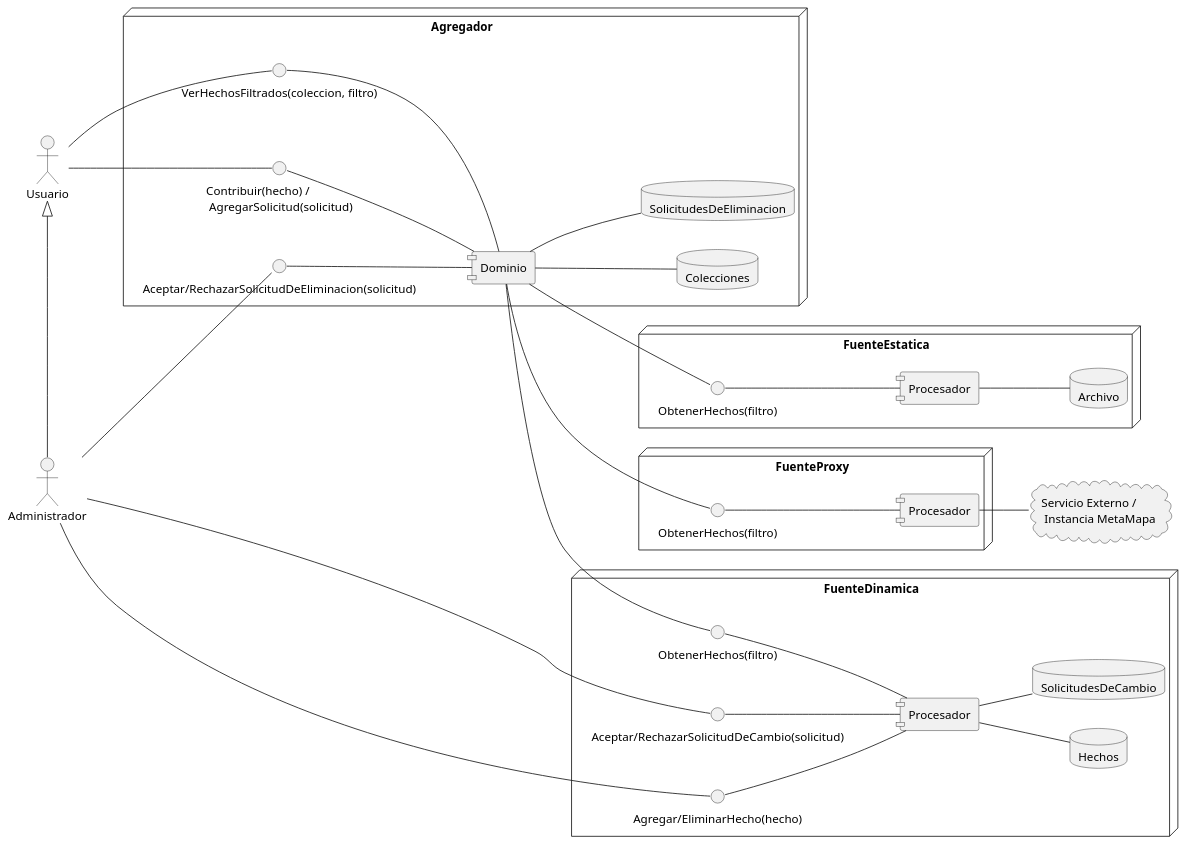
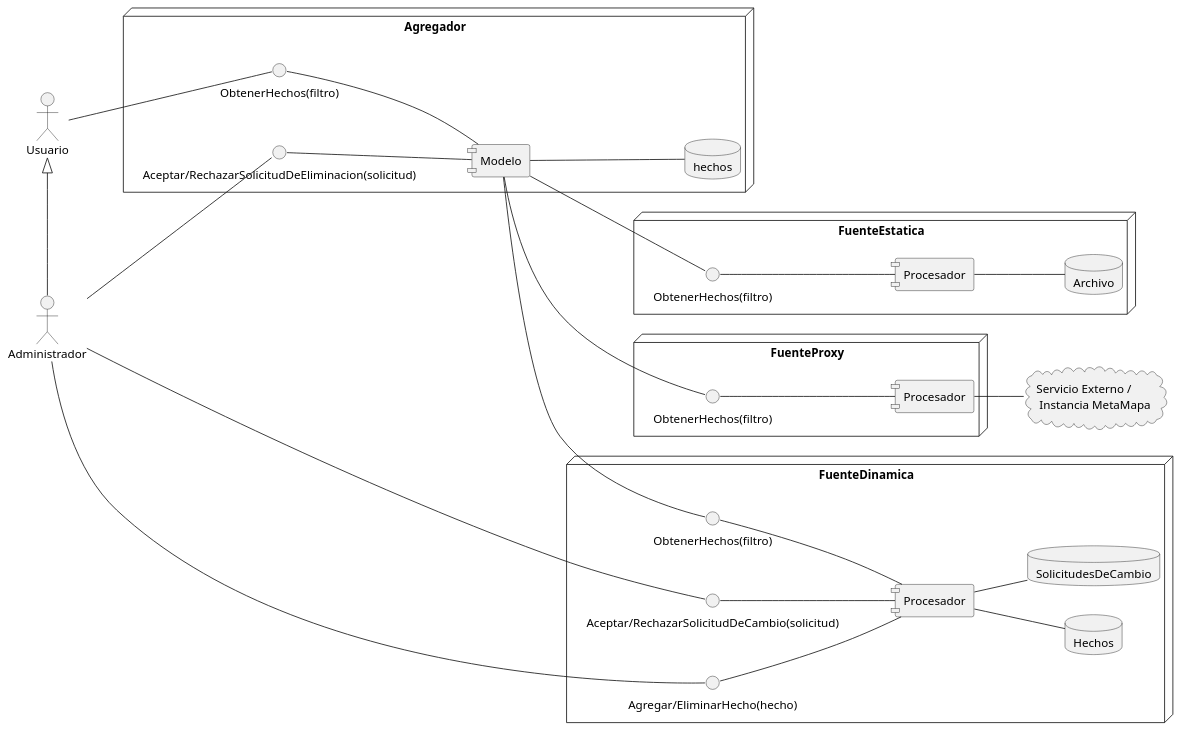
Before and after one commit to lrizzitano/Metamapa: the diagram in diagramas/diagrama-despliegue.puml, drawn with PlantUML. The commit also changed 1 other file, not shown here.

Commit message:
actualizo diagramas para la entrega 3

```diff
--- a/diagramas/diagrama-despliegue.puml
+++ b/diagramas/diagrama-despliegue.puml
@@ -1,83 +1,79 @@
 @startuml
 
 skinparam componentStyle uml1
 
 left to right direction
 
 node "Agregador" {
 
-    database Colecciones
-    database SolicitudesDeEliminacion
+    database hechos
 
     interface "Aceptar/RechazarSolicitudDeEliminacion(solicitud)" as interfazSolicitudesEliminacion
-    interface "Contribuir(hecho) / \n AgregarSolicitud(solicitud)" as interfazContribucion
-    interface "VerHechosFiltrados(coleccion, filtro)"
+    interface "ObtenerHechos(filtro)"
 
-    [Dominio] -- Colecciones
-    [Dominio] -- SolicitudesDeEliminacion
-    interfazSolicitudesEliminacion -- [Dominio]
+    interfazSolicitudesEliminacion -- [Modelo]
 
-    "VerHechosFiltrados(coleccion, filtro)" -- [Dominio]
-    interfazContribucion -- [Dominio]
+    "ObtenerHechos(filtro)" -- [Modelo]
+
+    [Modelo] -- hechos
 }
 
 node "FuenteEstatica" {
 
     interface "ObtenerHechos(filtro)" as InterfazFuenteEstatica
 
     database Archivo
 
     [Procesador] as procesadorFuenteEstatica
 
     InterfazFuenteEstatica -- procesadorFuenteEstatica
     procesadorFuenteEstatica  -- Archivo
 
-    [Dominio] -- InterfazFuenteEstatica
+    [Modelo] -- InterfazFuenteEstatica
 }
 
 node "FuenteProxy" {
     interface "ObtenerHechos(filtro)" as InterfazFuenteProxy
 
     [Procesador] as procesadorFuenteProxy
 
     InterfazFuenteProxy -- procesadorFuenteProxy
-    [Dominio] -- InterfazFuenteProxy
+    [Modelo] -- InterfazFuenteProxy
 
 }
 
 node "FuenteDinamica" {
     interface "Aceptar/RechazarSolicitudDeCambio(solicitud)" as interfazSolicitudesCambio
     interface "Agregar/EliminarHecho(hecho)" as interfazHechos
     interface "ObtenerHechos(filtro)" as interfazFuenteDinamica
 
     database Hechos
     database SolicitudesDeCambio
 
     [Procesador] as procesadorFuenteDinamica
 
     interfazFuenteDinamica -- procesadorFuenteDinamica
     interfazSolicitudesCambio -- procesadorFuenteDinamica
     interfazHechos -- procesadorFuenteDinamica
     procesadorFuenteDinamica -- Hechos
     procesadorFuenteDinamica -- SolicitudesDeCambio
 
-    [Dominio] -- interfazFuenteDinamica
+    [Modelo] -- interfazFuenteDinamica
 }
 
 
 
  cloud "Servicio Externo / \n Instancia MetaMapa" as conexion
  procesadorFuenteProxy -- conexion
 
  actor "Usuario" as user
- user -- interfazContribucion
- user -- "VerHechosFiltrados(coleccion, filtro)"
+ user -- "ObtenerHechos(filtro)"
 
  Actor "Administrador" as admin
  user <|- admin
  admin -- interfazSolicitudesEliminacion
  admin -- interfazSolicitudesCambio
  admin -- interfazHechos
 
 
 @enduml
```
